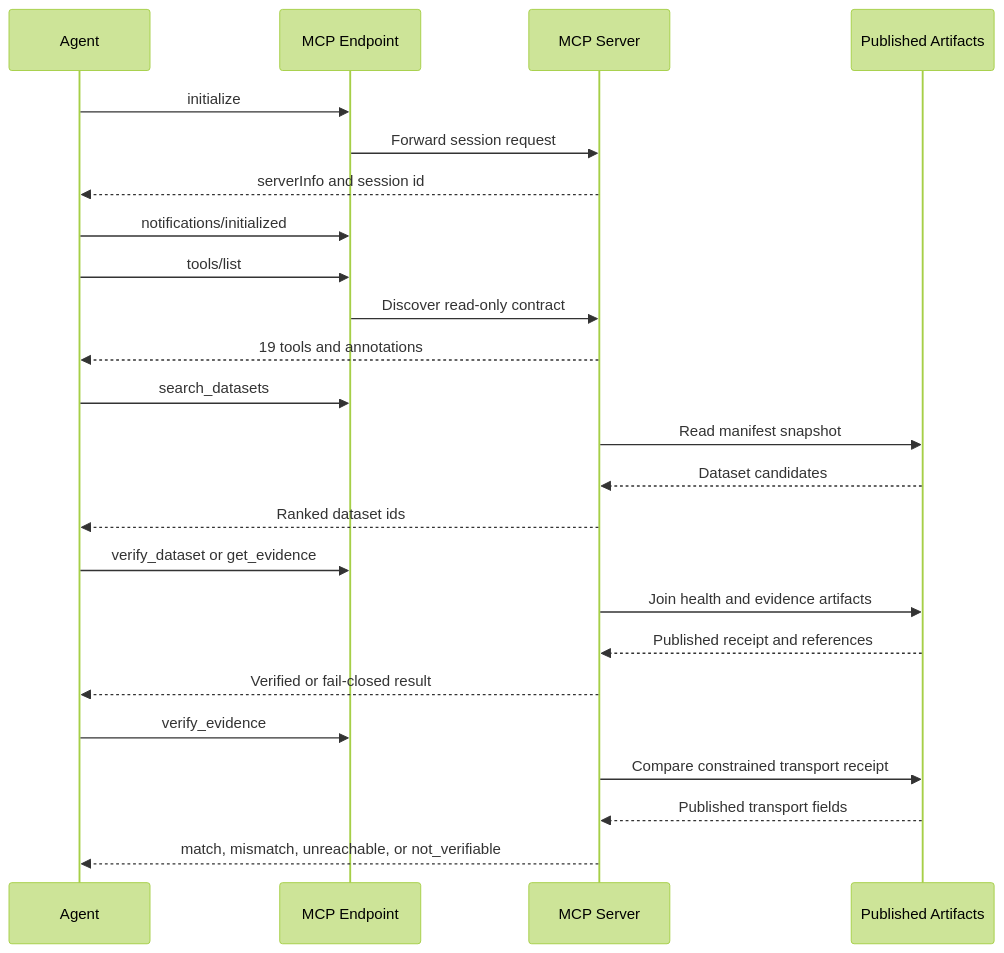
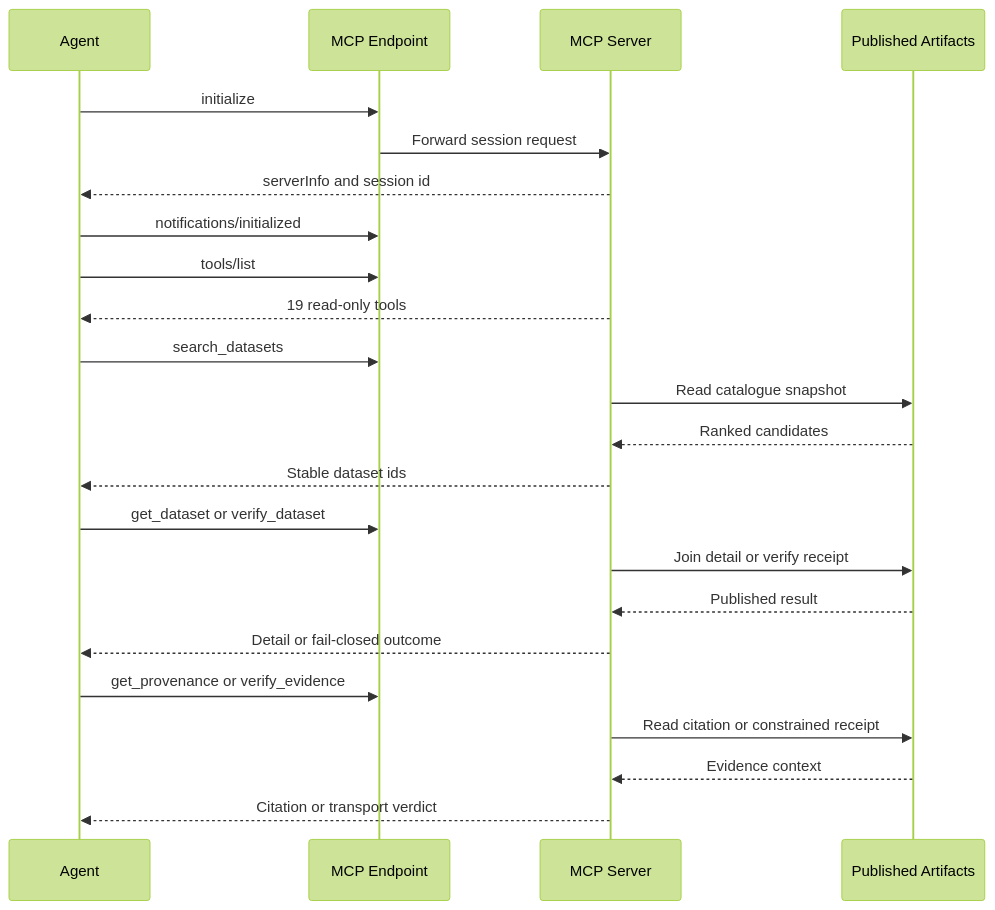
Before and after one commit to r3dz4r/datapulse-my: the first of 2 diagrams in openwiki/mcp.md, drawn with Mermaid (forest theme). The commit also changed other lines of this file and 4 other files, not shown here.

````diff
--- a/openwiki/mcp.md
+++ b/openwiki/mcp.md
@@ -41,26 +47,25 @@
 ```mermaid
 sequenceDiagram
-    participant A as Agent
-    participant E as MCP Endpoint
-    participant S as MCP Server
-    participant P as Published Artifacts
-    A->>E: initialize
-    E->>S: Forward session request
-    S-->>A: serverInfo and session id
-    A->>E: notifications/initialized
-    A->>E: tools/list
-    E->>S: Discover read-only contract
-    S-->>A: 19 tools and annotations
-    A->>E: search_datasets
-    S->>P: Read manifest snapshot
-    P-->>S: Dataset candidates
-    S-->>A: Ranked dataset ids
-    A->>E: verify_dataset or get_evidence
-    S->>P: Join health and evidence artifacts
-    P-->>S: Published receipt and references
-    S-->>A: Verified or fail-closed result
-    A->>E: verify_evidence
-    S->>P: Compare constrained transport receipt
-    P-->>S: Published transport fields
-    S-->>A: match, mismatch, unreachable, or not_verifiable
+    participant Agent
+    participant Edge as MCP Endpoint
+    participant Server as MCP Server
+    participant Artifacts as Published Artifacts
+    Agent->>Edge: initialize
+    Edge->>Server: Forward session request
+    Server-->>Agent: serverInfo and session id
+    Agent->>Edge: notifications/initialized
+    Agent->>Edge: tools/list
+    Server-->>Agent: 19 read-only tools
+    Agent->>Edge: search_datasets
+    Server->>Artifacts: Read catalogue snapshot
+    Artifacts-->>Server: Ranked candidates
+    Server-->>Agent: Stable dataset ids
+    Agent->>Edge: get_dataset or verify_dataset
+    Server->>Artifacts: Join detail or verify receipt
+    Artifacts-->>Server: Published result
+    Server-->>Agent: Detail or fail-closed outcome
+    Agent->>Edge: get_provenance or verify_evidence
+    Server->>Artifacts: Read citation or constrained receipt
+    Artifacts-->>Server: Evidence context
+    Server-->>Agent: Citation or transport verdict
 ```
````
